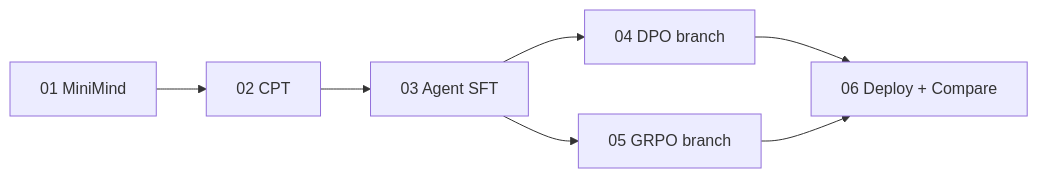
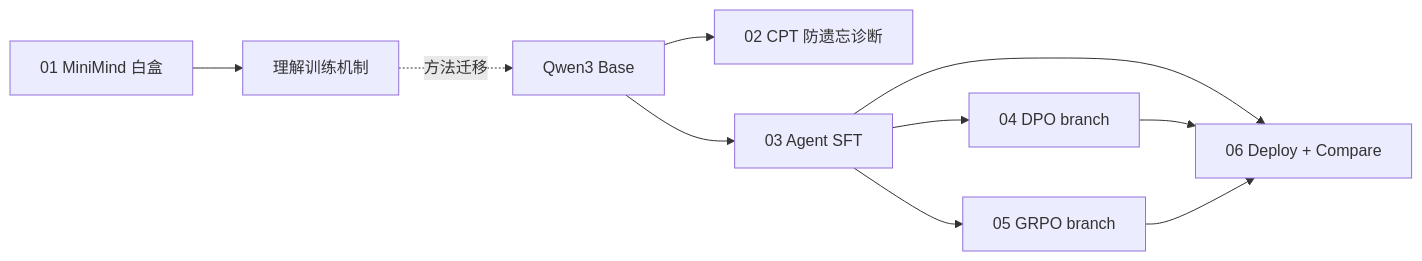
One commit to Xander-Xai/X-SuperPlay-LLM-Learning-OS changed the diagram in LLM-Training/experiments/README.md. Above: the diagram before and after it, drawn with Mermaid. The commit also changed other lines of this file and 27 other files, not shown here.

```diff
--- a/LLM-Training/experiments/README.md
+++ b/LLM-Training/experiments/README.md
@@ -16,9 +18,12 @@
 ~~~mermaid
 flowchart LR
-  Mini[01 MiniMind] --> CPT[02 CPT]
-  CPT --> SFT[03 Agent SFT]
+  Mini[01 MiniMind 白盒] --> Understanding[理解训练机制]
+  Understanding -. "方法迁移" .-> Base[Qwen3 Base]
+  Base --> CPT[02 CPT 防遗忘诊断]
+  Base --> SFT[03 Agent SFT]
   SFT --> DPO[04 DPO branch]
   SFT --> GRPO[05 GRPO branch]
-  DPO --> Deploy[06 Deploy + Compare]
+  SFT --> Deploy[06 Deploy + Compare]
+  DPO --> Deploy
   GRPO --> Deploy
 ~~~
```
